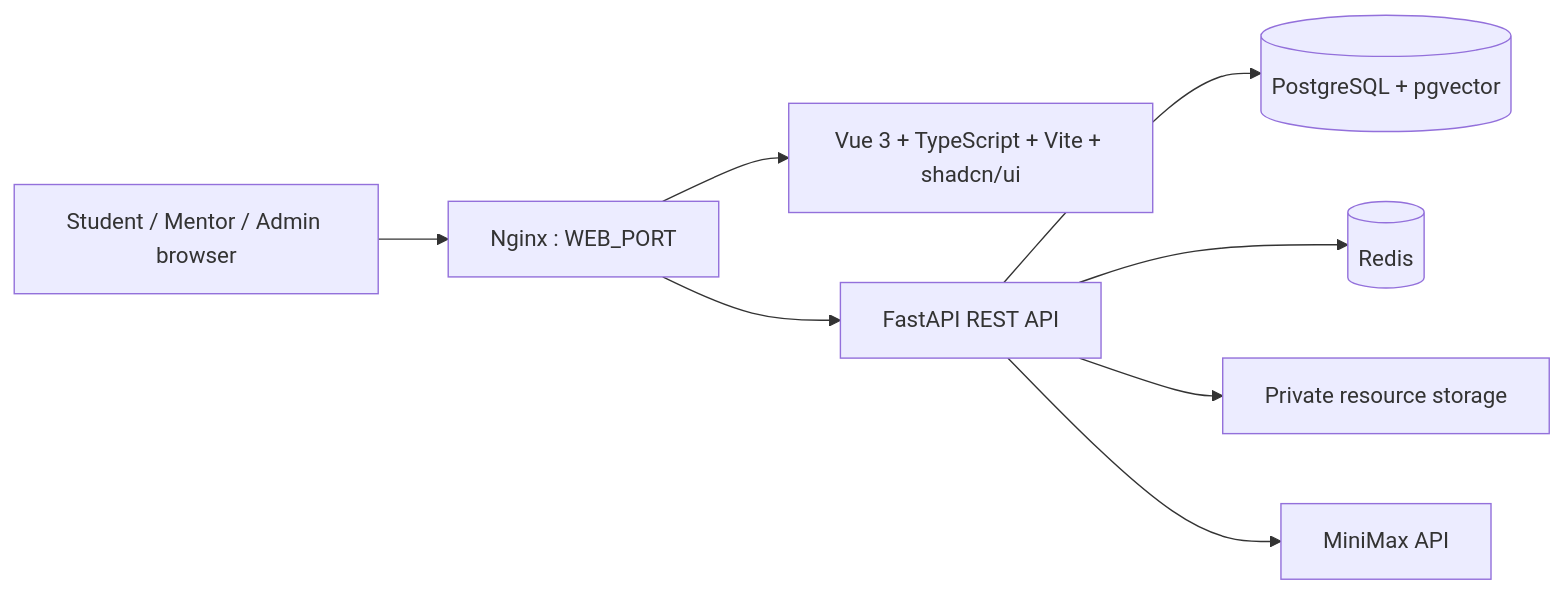
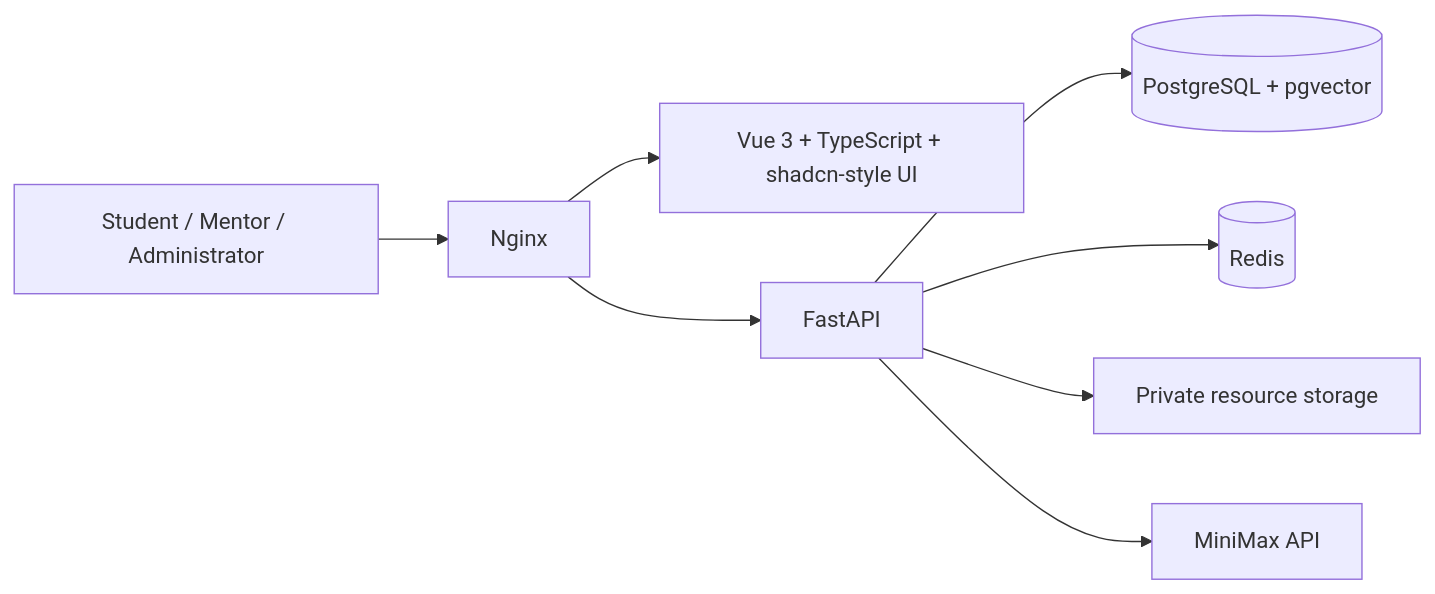
One commit to VALONSIDE/academic-nexus changed the second of 2 diagrams in README.md. Above: the diagram before and after it, drawn with Mermaid. The commit also changed other lines of this file and 85 other files, not shown here.

````diff
--- a/README.md
+++ b/README.md
@@ -387,10 +221,10 @@
 ```mermaid
 flowchart LR
-    B[Student / Mentor / Admin browser] --> N[Nginx : WEB_PORT]
-    N --> F[Vue 3 + TypeScript + Vite + shadcn/ui]
-    N --> A[FastAPI REST API]
-    A --> D[(PostgreSQL + pgvector)]
-    A --> C[(Redis)]
-    A --> S[Private resource storage]
-    A --> L[MiniMax API]
+  U[Student / Mentor / Administrator] --> N[Nginx]
+  N --> W[Vue 3 + TypeScript + shadcn-style UI]
+  N --> A[FastAPI]
+  A --> P[(PostgreSQL + pgvector)]
+  A --> R[(Redis)]
+  A --> S[Private resource storage]
+  A --> M[MiniMax API]
 ```
````
